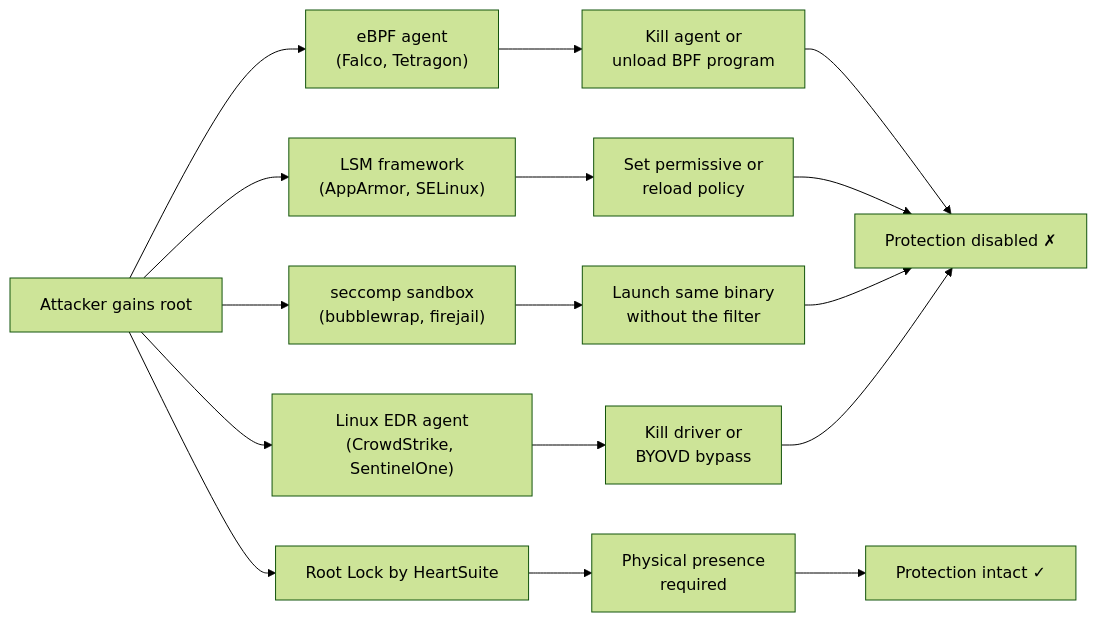
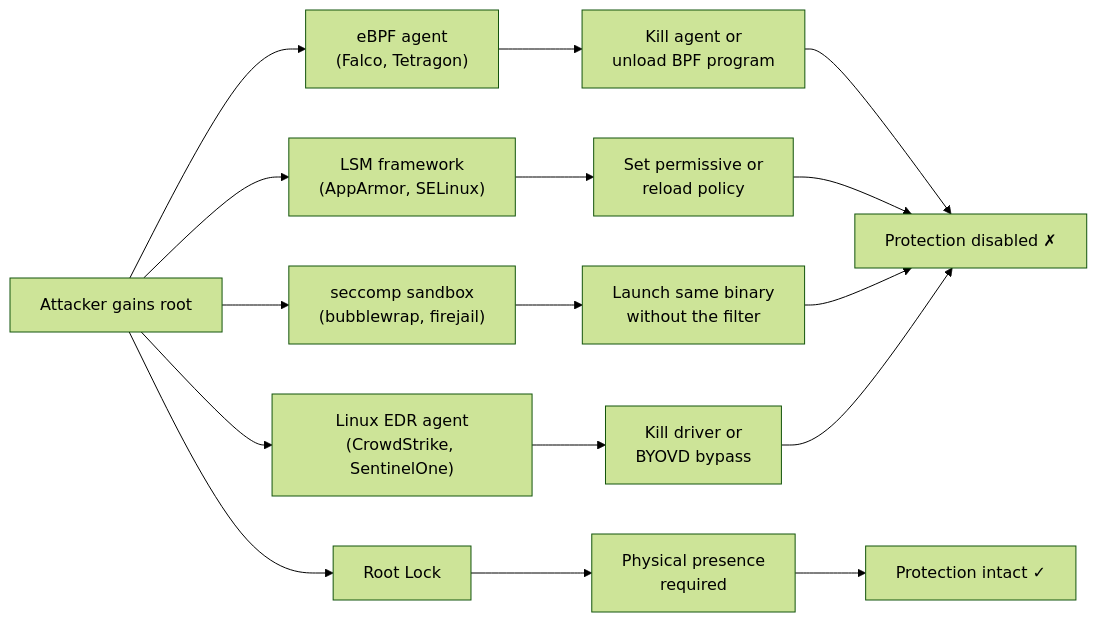
The second of 2 diagrams in content/en/docs/introduction/how-it-compares/_index.md (HeartSecuritySuite/heartsuite-docs), drawn with Mermaid (forest theme) before and after one commit. The commit also changed other lines of this file and 54 other files, not shown here.

First line of the commit message:
docs: first-mention Root Lock naming

````diff
--- a/content/en/docs/introduction/how-it-compares/_index.md
+++ b/content/en/docs/introduction/how-it-compares/_index.md
@@ -147,18 +147,18 @@
 ```mermaid
 graph LR
     A[Attacker gains root] --> B["eBPF agent\n(Falco, Tetragon)"]
     A --> C["LSM framework\n(AppArmor, SELinux)"]
     A --> D["seccomp sandbox\n(bubblewrap, firejail)"]
     A --> E["Linux EDR agent\n(CrowdStrike, SentinelOne)"]
-    A --> F["Root Lock by HeartSuite"]
+    A --> F["Root Lock"]
     B --> G["Kill agent or\nunload BPF program"]
     C --> H["Set permissive or\nreload policy"]
     D --> I["Launch same binary\nwithout the filter"]
     E --> J["Kill driver or\nBYOVD bypass"]
     F --> K["Physical presence\nrequired"]
     G --> L["Protection disabled ✗"]
     H --> L
     I --> L
     J --> L
     K --> M["Protection intact ✓"]
 ```
````
